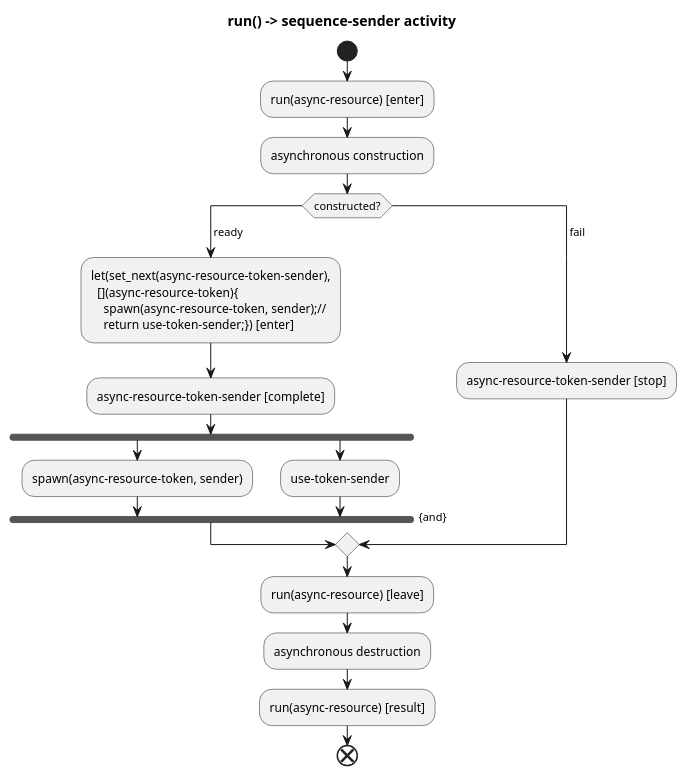
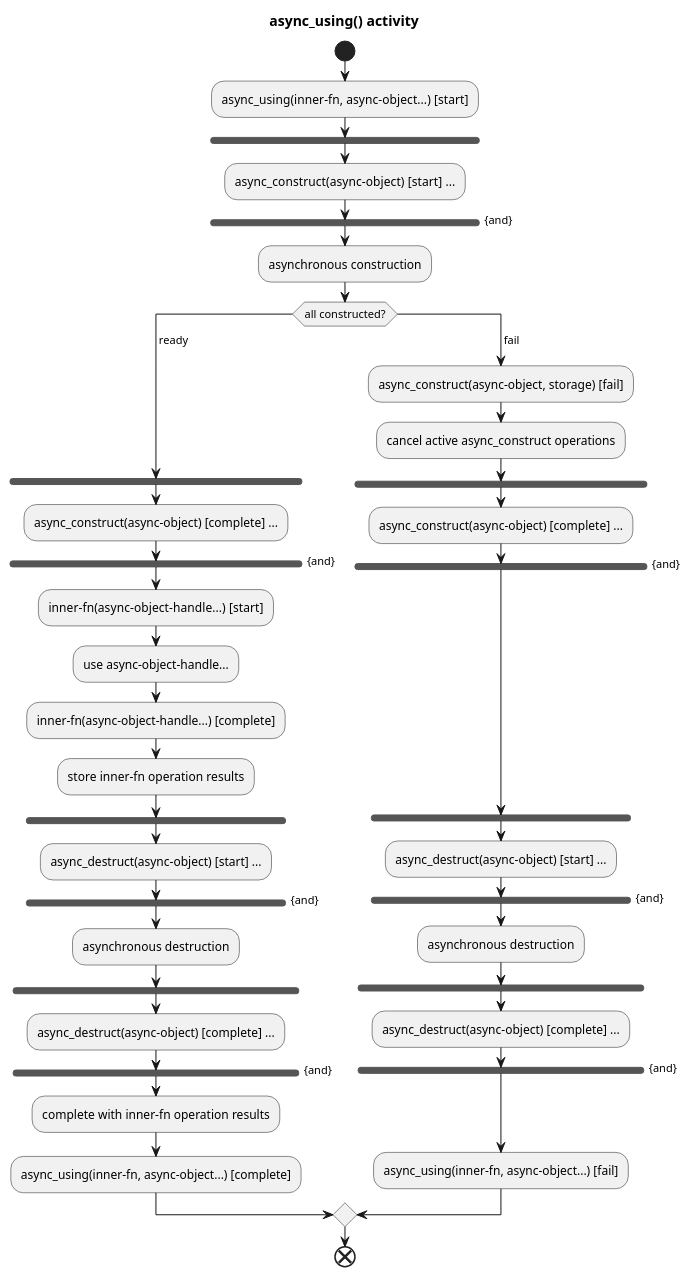
One commit to kirkshoop/async_scope changed the fourth of 4 diagrams in async-resource.md. Above: the diagram before and after it, drawn with PlantUML. The commit also changed other lines of this file, not shown here.

Commit message:
new design - async_construct()/async_destruct()

````diff
--- a/async-resource.md
+++ b/async-resource.md
@@ -471,42 +623,85 @@
 ```plantuml
 !pragma layout smetana
-title "run() -> sequence-sender activity"
+title async_using() activity
 
 start
-:run(async-resource) [enter];
+:async_using(inner-fn, async-object...)  [start];
+
+fork
+:async_construct(async-object)  [start] ...;
+end fork {and}
 
 :asynchronous construction;
 
-switch (constructed?)
+switch (all constructed?)
 case ( ready )
 
-:let(set_next(async-resource-token-sender), 
-  [](async-resource-token){
-    spawn(async-resource-token, sender);//
-    return use-token-sender;}) [enter];
-
-:async-resource-token-sender [complete];
+label space_ready_0;
+label space_ready_1;
+label space_ready_2;
+label space_ready_3;
 
 fork
-  :spawn(async-resource-token, sender);
-fork again
-  :use-token-sender;
+:async_construct(async-object) [complete] ...;
 end fork {and}
+
+:inner-fn(async-object-handle...)  [start];
+
+:use async-object-handle...;
+
+:inner-fn(async-object-handle...) [complete];
+
+:store inner-fn operation results;
+
+fork
+:async_destruct(async-object) [start] ...;
+end fork {and}
+
+:asynchronous destruction;
+
+fork
+:async_destruct(async-object) [complete] ...;
+end fork {and}
+
+:complete with inner-fn operation results;
+
+:async_using(inner-fn, async-object...) [complete];
 
 case ( fail )
 
-'alignment
-label sp_f0
-label sp_f1
-label sp_f2
+:async_construct(async-object, storage) [fail];
 
-:async-resource-token-sender [stop];
-endswitch
+:cancel active async_construct operations;
 
-:run(async-resource) [leave];
+fork
+:async_construct(async-object) [complete] ...;
+end fork {and}
+
+label space_fail_0;
+label space_fail_1;
+label space_fail_2;
+label space_fail_3;
+label space_fail_4;
+label space_fail_5;
+label space_fail_6;
+label space_fail_7;
+
+fork
+:async_destruct(async-object) [start] ...;
+end fork {and}
 
 :asynchronous destruction;
 
-:run(async-resource) [result];
+fork
+:async_destruct(async-object) [complete] ...;
+end fork {and}
+
+label space_fail_8;
+label space_fail_9;
+
+:async_using(inner-fn, async-object...) [fail];
+
+endswitch 
+
 end
 ```
````
